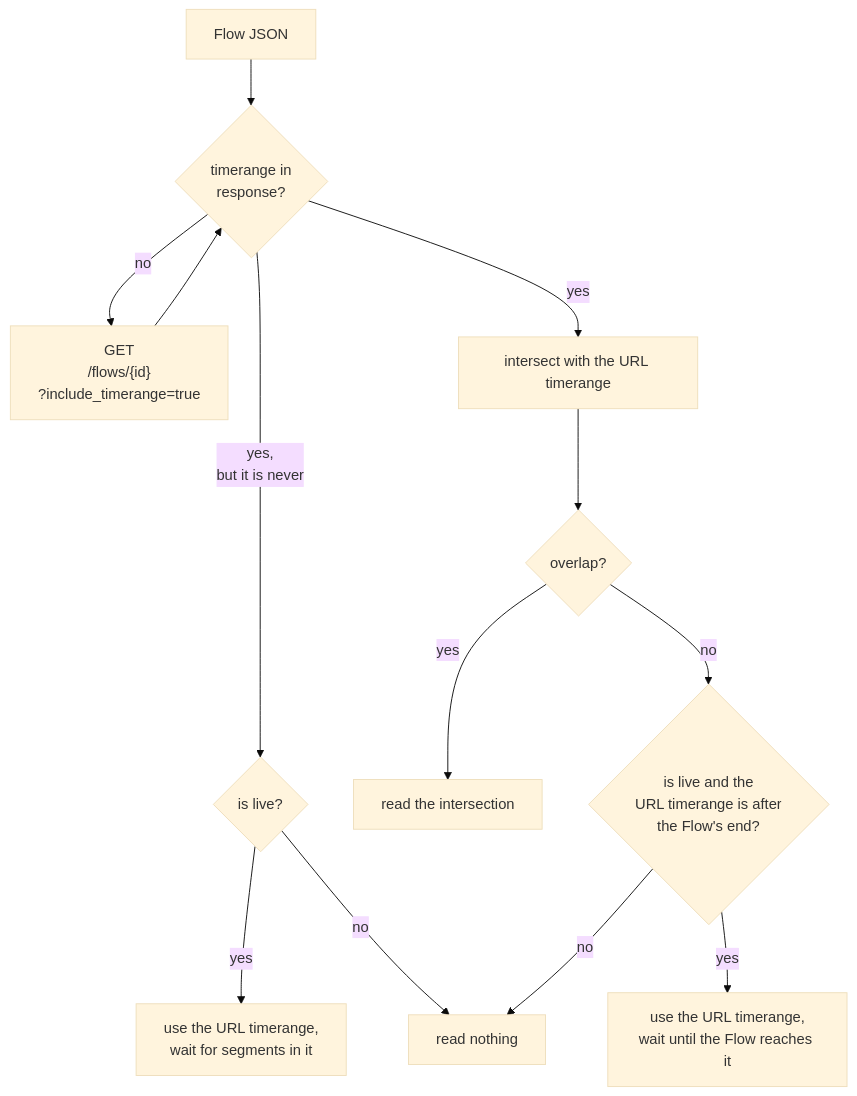
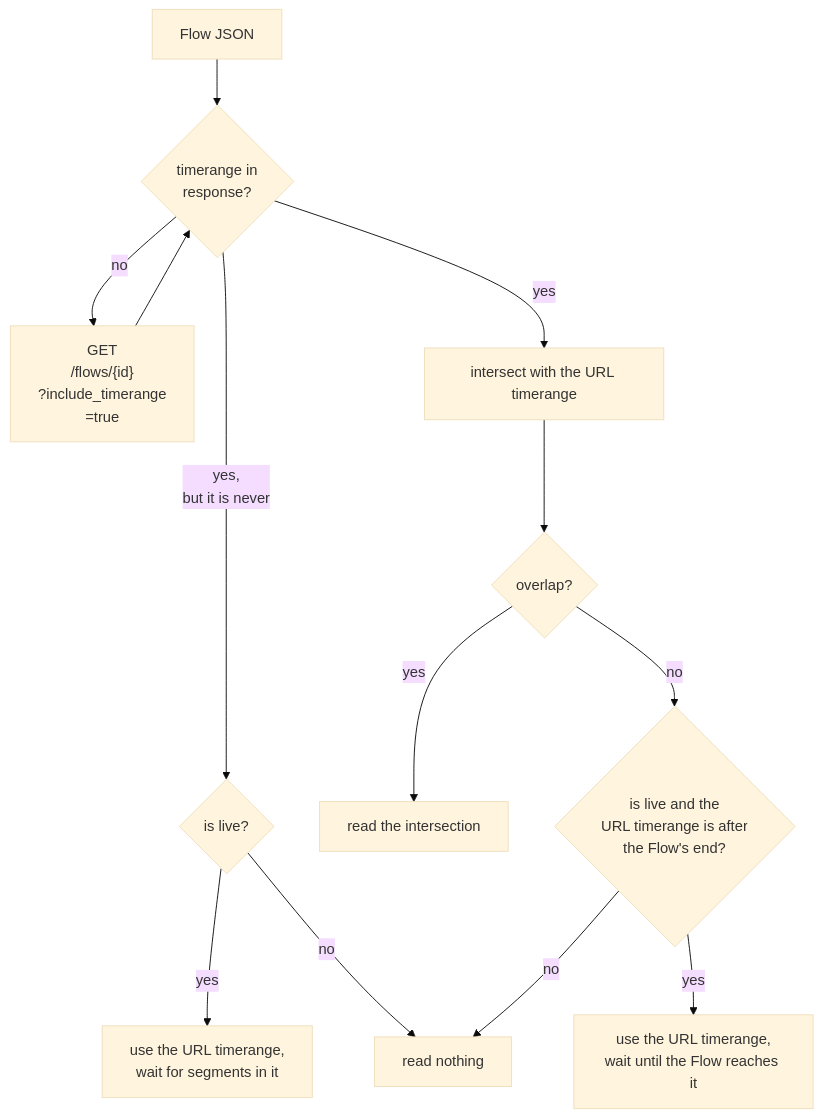
Before and after one commit to hootworks/website: the fifth of 5 diagrams in content/news/tams-implementation-in-ffmpeg/index.md, drawn with Mermaid (base theme). The commit also changed other lines of this file, not shown here.

````diff
--- a/content/news/tams-implementation-in-ffmpeg/index.md
+++ b/content/news/tams-implementation-in-ffmpeg/index.md
@@ -484,15 +486,15 @@
 ```mermaid
 flowchart TD
     A["Flow JSON"] --> B{"timerange in<br> response?"}
-    B -- "no" --> C["GET<br>/flows/{id}<br>?include_timerange=true"]
+    B -- "no" --> C["GET<br>/flows/{id}<br>?include_timerange<br>=true"]
     C --> B
     B -- "yes,<br>but it is never" --> K{"is live?"}
     K -- "yes" --> D["use the URL timerange,<br>wait for segments in it"]
     K -- "no" --> H
     B -- "yes" --> E["intersect with the URL timerange"]
     E --> F{"overlap?"}
     F -- "yes" --> G["read the intersection"]
     F -- "no" --> J{"is live and the<br>URL timerange is after<br>the Flow's end?"}
     J -- "no" --> H["read nothing"]
     J -- "yes" --> I["use the URL timerange,<br>wait until the Flow reaches it"]
 ```
````
